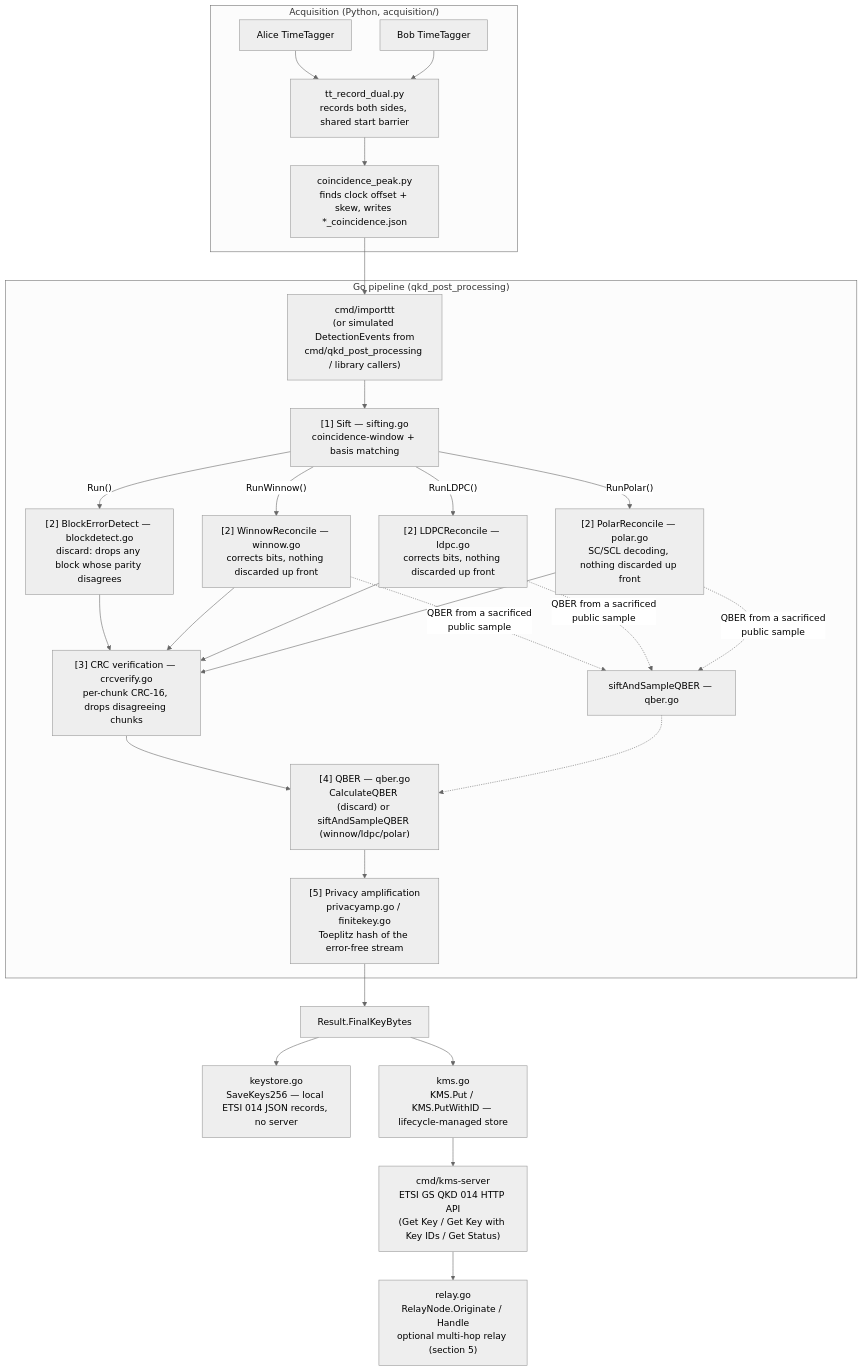
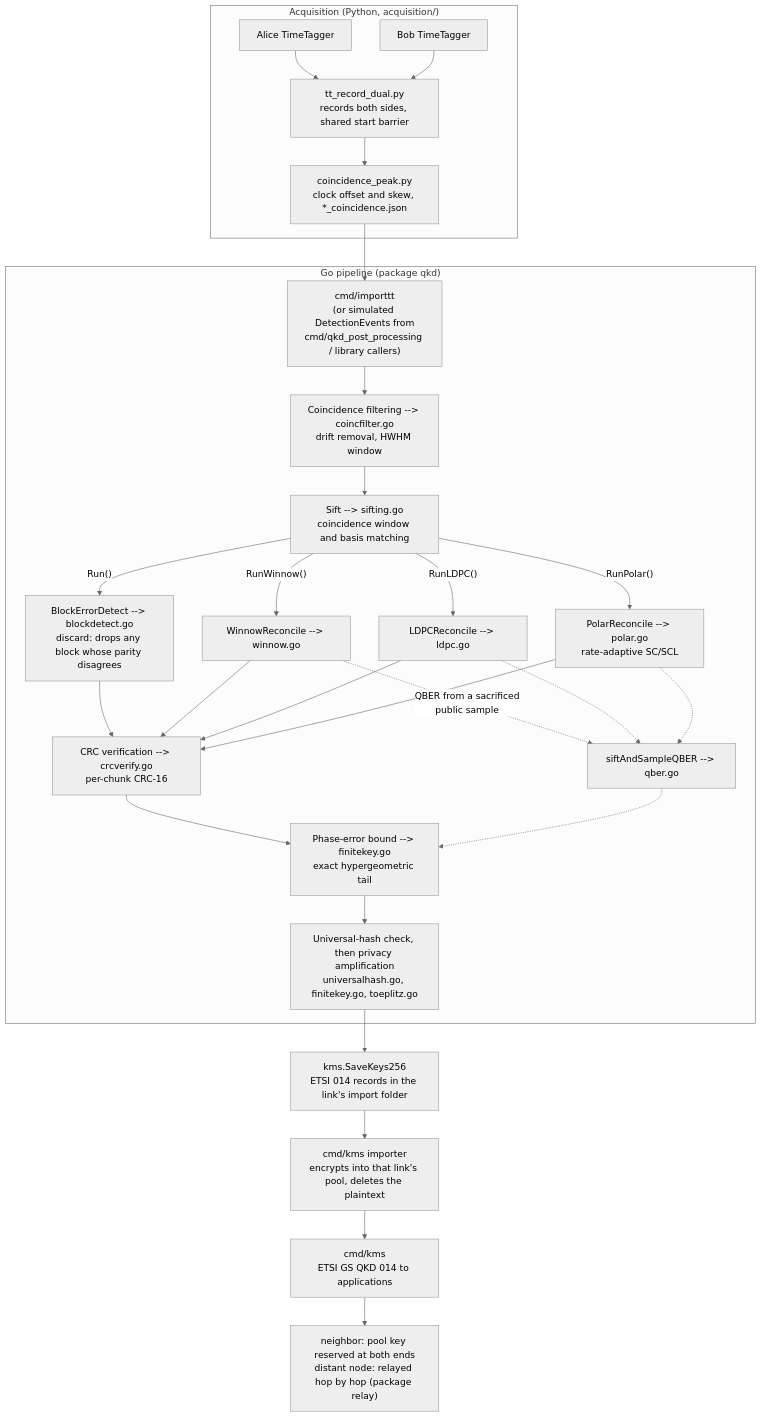
One commit to werefin/qkd_post_processing changed the first of 2 diagrams in doc/architecture.md. Above: the diagram before and after it, drawn with Mermaid (neutral theme). The commit also changed other lines of this file and 74 other files, not shown here.

Commit message:
Add KMS,  live coincidence-peak tracking, evaluation tool with figure reports

````diff
--- a/doc/architecture.md
+++ b/doc/architecture.md
@@ -54,34 +37,34 @@
 ```mermaid
 flowchart TD
     subgraph ACQ["Acquisition (Python, acquisition/)"]
         A1[Alice TimeTagger] --> A2["tt_record_dual.py<br/>records both sides, shared start barrier"]
         B1[Bob TimeTagger] --> A2
-        A2 --> A3["coincidence_peak.py<br/>finds clock offset + skew, writes *_coincidence.json"]
+        A2 --> A3["coincidence_peak.py<br/>clock offset and skew, *_coincidence.json"]
     end
 
     A3 --> P0["cmd/importtt<br/>(or simulated DetectionEvents from<br/>cmd/qkd_post_processing / library callers)"]
 
-    subgraph PIPE["Go pipeline (qkd_post_processing)"]
-        P0 --> P1["[1] Sift — sifting.go<br/>coincidence-window + basis matching"]
-        P1 -- "Run()" --> P2A["[2] BlockErrorDetect — blockdetect.go<br/>discard: drops any block whose parity disagrees"]
-        P1 -- "RunWinnow()" --> P2B["[2] WinnowReconcile — winnow.go<br/>corrects bits, nothing discarded up front"]
-        P1 -- "RunLDPC()" --> P2C["[2] LDPCReconcile — ldpc.go<br/>corrects bits, nothing discarded up front"]
-        P1 -- "RunPolar()" --> P2D["[2] PolarReconcile — polar.go<br/>SC/SCL decoding, nothing discarded up front"]
-        P2B -.->|"QBER from a sacrificed<br/>public sample"| Q0["siftAndSampleQBER — qber.go"]
-        P2C -.->|"QBER from a sacrificed<br/>public sample"| Q0
-        P2D -.->|"QBER from a sacrificed<br/>public sample"| Q0
-        P2A --> P3["[3] CRC verification — crcverify.go<br/>per-chunk CRC-16, drops disagreeing chunks"]
+    subgraph PIPE["Go pipeline (package qkd)"]
+        P0 --> PF["Coincidence filtering --> coincfilter.go<br/>drift removal, HWHM window"]
+        PF --> P1["Sift --> sifting.go<br/>coincidence window and basis matching"]
+        P1 -- "Run()" --> P2A["BlockErrorDetect --> blockdetect.go<br/>discard: drops any block whose parity disagrees"]
+        P1 -- "RunWinnow()" --> P2B["WinnowReconcile --> winnow.go"]
+        P1 -- "RunLDPC()" --> P2C["LDPCReconcile --> ldpc.go"]
+        P1 -- "RunPolar()" --> P2D["PolarReconcile --> polar.go<br/>rate-adaptive SC/SCL"]
+        P2B -.->|"QBER from a sacrificed<br/>public sample"| Q0["siftAndSampleQBER --> qber.go"]
+        P2C -.-> Q0
+        P2D -.-> Q0
+        P2A --> P3["CRC verification --> crcverify.go<br/>per-chunk CRC-16"]
         P2B --> P3
         P2C --> P3
         P2D --> P3
-        P3 --> P4["[4] QBER — qber.go<br/>CalculateQBER (discard) or siftAndSampleQBER (winnow/ldpc/polar)"]
+        P3 --> P4["Phase-error bound --> finitekey.go<br/>exact hypergeometric tail"]
         Q0 -.-> P4
-        P4 --> P5["[5] Privacy amplification<br/>privacyamp.go / finitekey.go<br/>Toeplitz hash of the error-free stream"]
+        P4 --> P5["Universal-hash check, then privacy amplification<br/>universalhash.go, finitekey.go, toeplitz.go"]
     end
 
-    P5 --> R["Result.FinalKeyBytes"]
-    R --> K1["keystore.go<br/>SaveKeys256 — local ETSI 014 JSON records, no server"]
-    R --> K2["kms.go<br/>KMS.Put / KMS.PutWithID — lifecycle-managed store"]
-    K2 --> K3["cmd/kms-server<br/>ETSI GS QKD 014 HTTP API<br/>(Get Key / Get Key with Key IDs / Get Status)"]
-    K3 --> K4["relay.go<br/>RelayNode.Originate / Handle<br/>optional multi-hop relay (section 5)"]
+    P5 --> K1["kms.SaveKeys256<br/>ETSI 014 records in the link's import folder"]
+    K1 --> K2["cmd/kms importer<br/>encrypts into that link's pool, deletes the plaintext"]
+    K2 --> K3["cmd/kms<br/>ETSI GS QKD 014 to applications"]
+    K3 --> K4["neighbor: pool key reserved at both ends<br/>distant node: relayed hop by hop (package relay)"]
 ```
````
